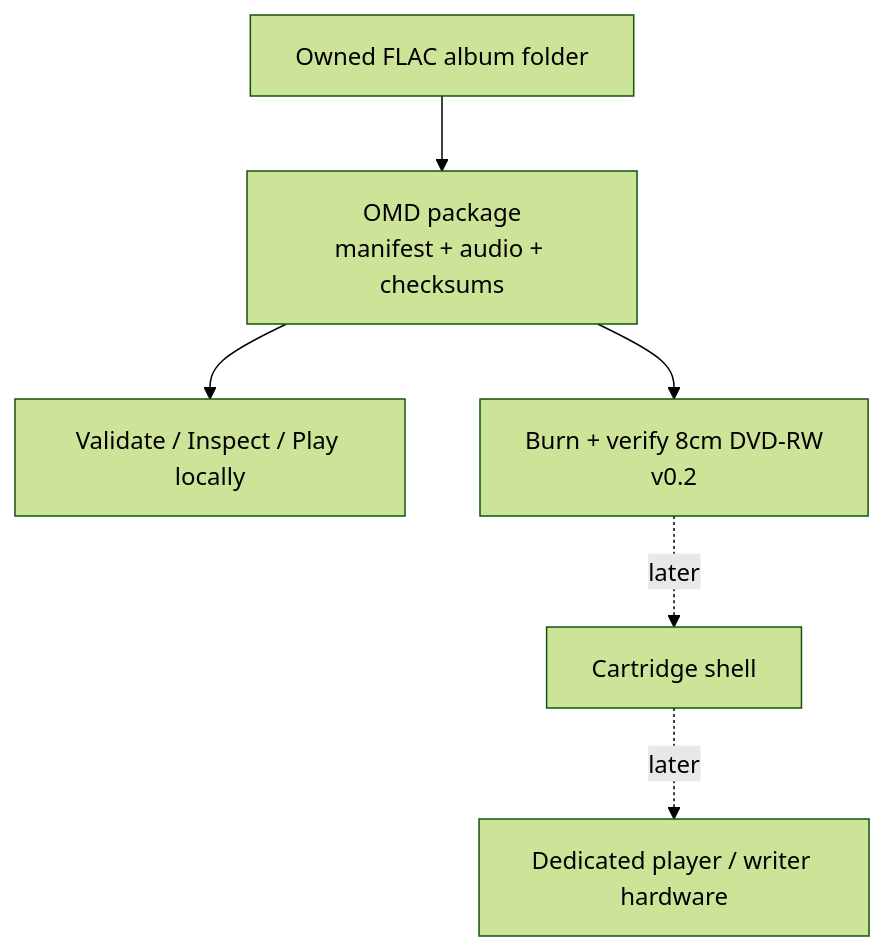
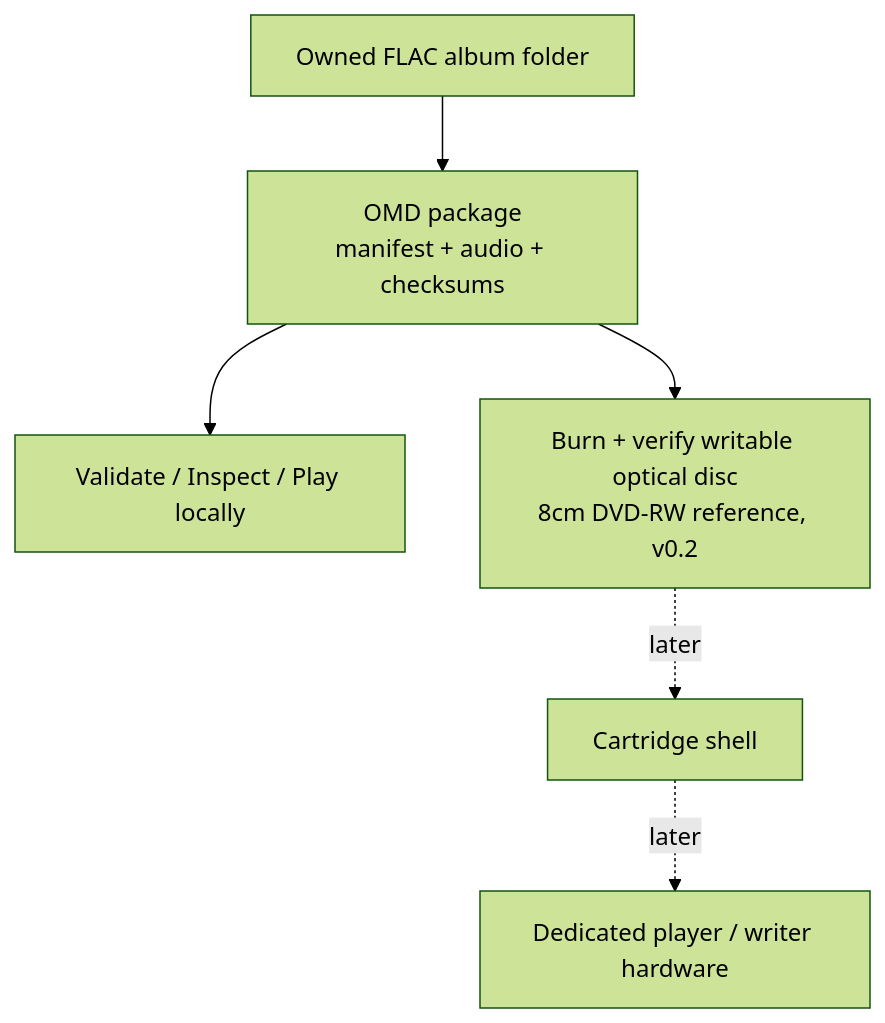
The diagram in documentation/what-is-omd.md (ashergarland/open-media-disc), drawn with Mermaid (forest theme) before and after one commit. The commit also changed other lines of this file and 6 other files, not shown here.

````diff
--- a/documentation/what-is-omd.md
+++ b/documentation/what-is-omd.md
@@ -28,8 +31,8 @@
 ```mermaid
 flowchart TB
     A[Owned FLAC album folder] --> B[OMD package<br/>manifest + audio + checksums]
     B --> C[Validate / Inspect / Play locally]
-    B --> D[Burn + verify 8cm DVD-RW<br/>v0.2]
+    B --> D[Burn + verify writable optical disc<br/>8cm DVD-RW reference, v0.2]
     D -. later .-> E[Cartridge shell]
     E -. later .-> F[Dedicated player / writer hardware]
 ```
````
